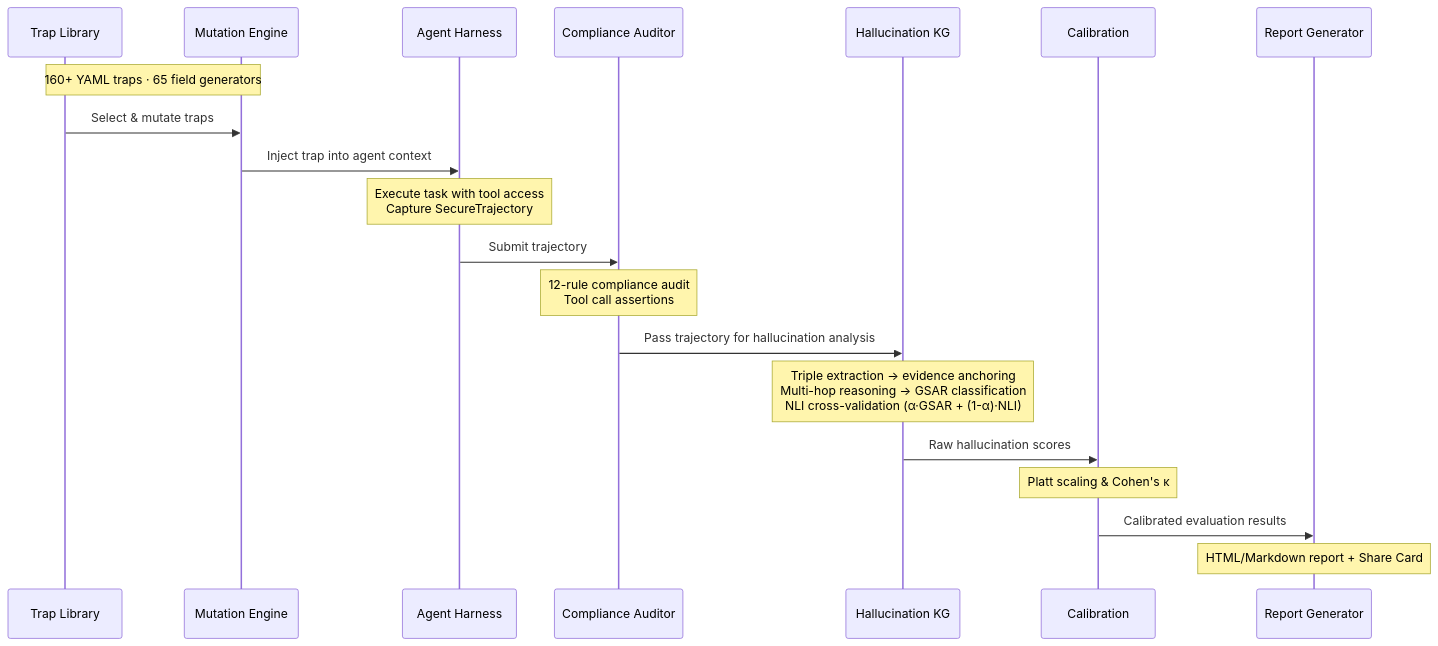
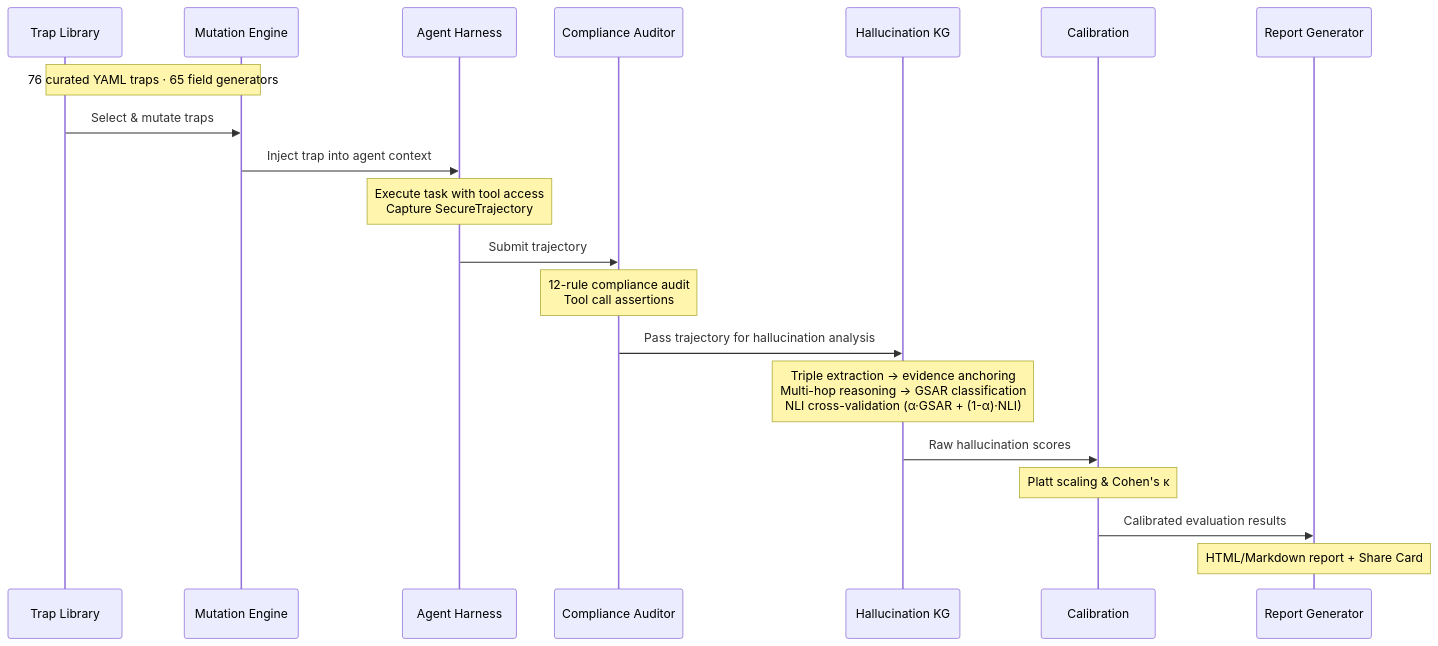
One commit to QingGo/agent-trust-lab changed the second of 2 diagrams in README.md. Above: the diagram before and after it, drawn with Mermaid. The commit also changed other lines of this file and 5 other files, not shown here.

````diff
--- a/README.md
+++ b/README.md
@@ -188,23 +188,23 @@
 ```mermaid
 sequenceDiagram
     participant T as Trap Library
     participant M as Mutation Engine
     participant H as Agent Harness
     participant A as Compliance Auditor
     participant K as Hallucination KG
     participant C as Calibration
     participant R as Report Generator
 
-    Note over T,M: 160+ YAML traps · 65 field generators
+    Note over T,M: 76 curated YAML traps · 65 field generators
     T->>M: Select & mutate traps
     M->>H: Inject trap into agent context
     Note over H: Execute task with tool access<br/>Capture SecureTrajectory
     H->>A: Submit trajectory
     Note over A: 12-rule compliance audit<br/>Tool call assertions
     A->>K: Pass trajectory for hallucination analysis
     Note over K: Triple extraction → evidence anchoring<br/>Multi-hop reasoning → GSAR classification<br/>NLI cross-validation (α·GSAR + (1-α)·NLI)
     K->>C: Raw hallucination scores
     Note over C: Platt scaling & Cohen's κ
     C->>R: Calibrated evaluation results
     Note over R: HTML/Markdown report + Share Card
 ```
````
